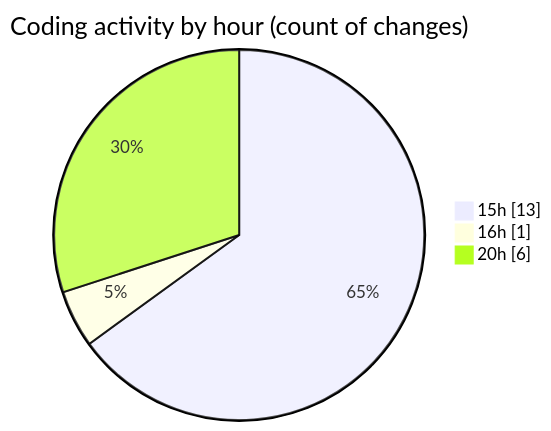
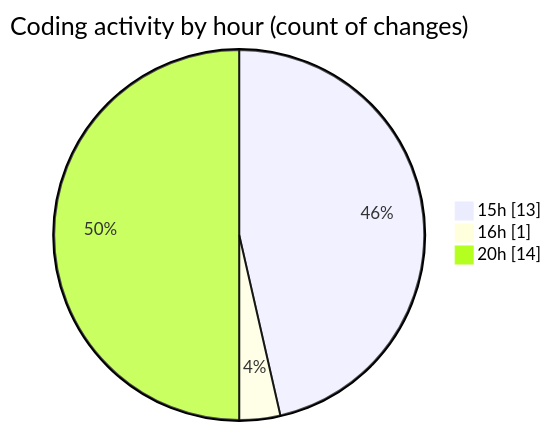
Before and after one commit to EIIisD/code-tracking: the second of 2 diagrams in 2025-07-17/ribbon/README.md, drawn with Mermaid. The commit also changed other lines of this file and 1 other file, not shown here.

````diff
--- a/2025-07-17/ribbon/README.md
+++ b/2025-07-17/ribbon/README.md
@@ -44,7 +45,7 @@
 ```mermaid
 pie showData
 title Coding activity by hour (count of changes)
 "15h" : 13
 "16h" : 1
-"20h" : 6
+"20h" : 14
 ```
````
